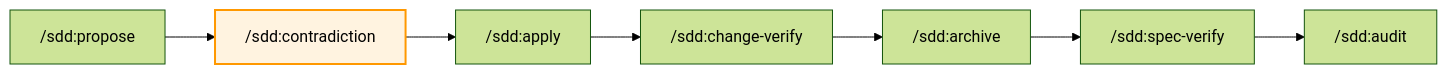
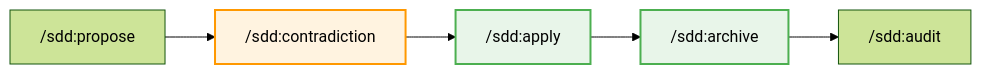
One commit to Hedgehogues/awesome-claude changed the third of 5 diagrams in docs/README_DETAILED.md. Above: the diagram before and after it, drawn with Mermaid (forest theme). The commit also changed other lines of this file and 22 other files, not shown here.

````diff
--- a/docs/README_DETAILED.md
+++ b/docs/README_DETAILED.md
@@ -217,11 +217,11 @@
 ```mermaid
 graph LR
     P["/sdd:propose"] --> C["/sdd:contradiction"]
     C --> A["/sdd:apply"]
-    A --> CV["/sdd:change-verify"]
-    CV --> AR["/sdd:archive"]
-    AR --> SV["/sdd:spec-verify"]
-    SV --> AU["/sdd:audit"]
+    A --> AR["/sdd:archive"]
+    AR --> AU["/sdd:audit"]
 
     style C fill:#FFF3E0,stroke:#FF9800,stroke-width:2px
+    style A fill:#E8F5E9,stroke:#4CAF50,stroke-width:2px
+    style AR fill:#E8F5E9,stroke:#4CAF50,stroke-width:2px
 ```
````
